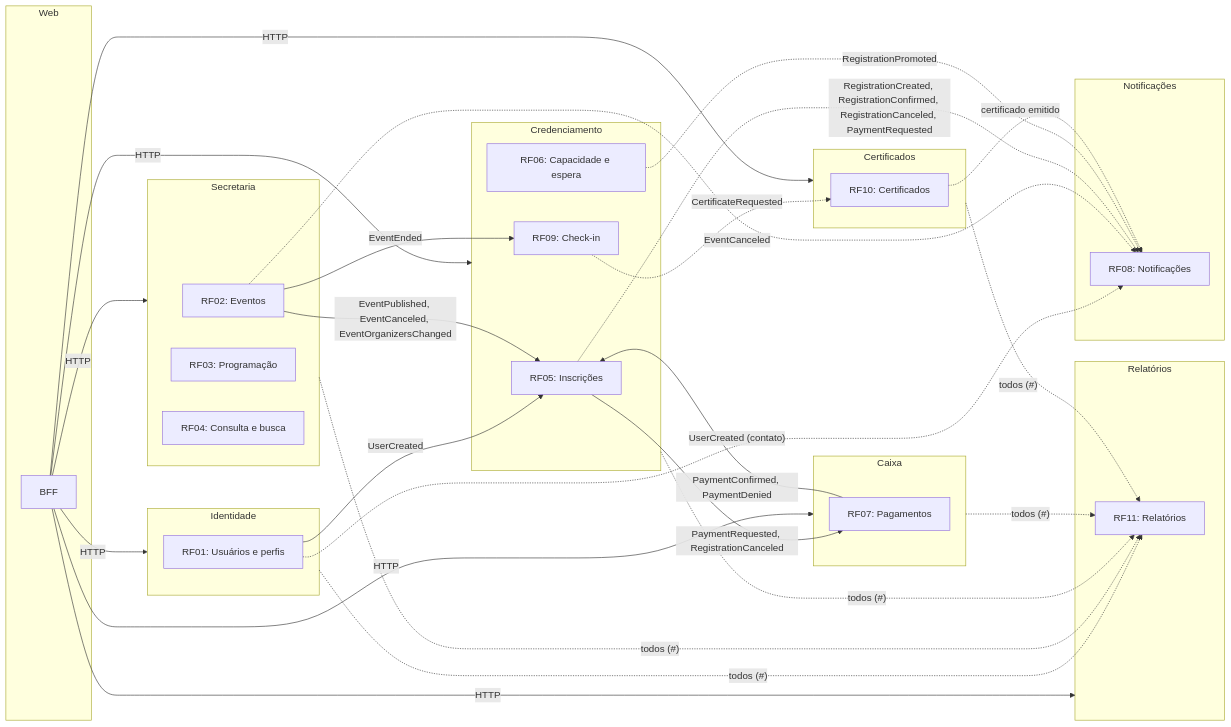
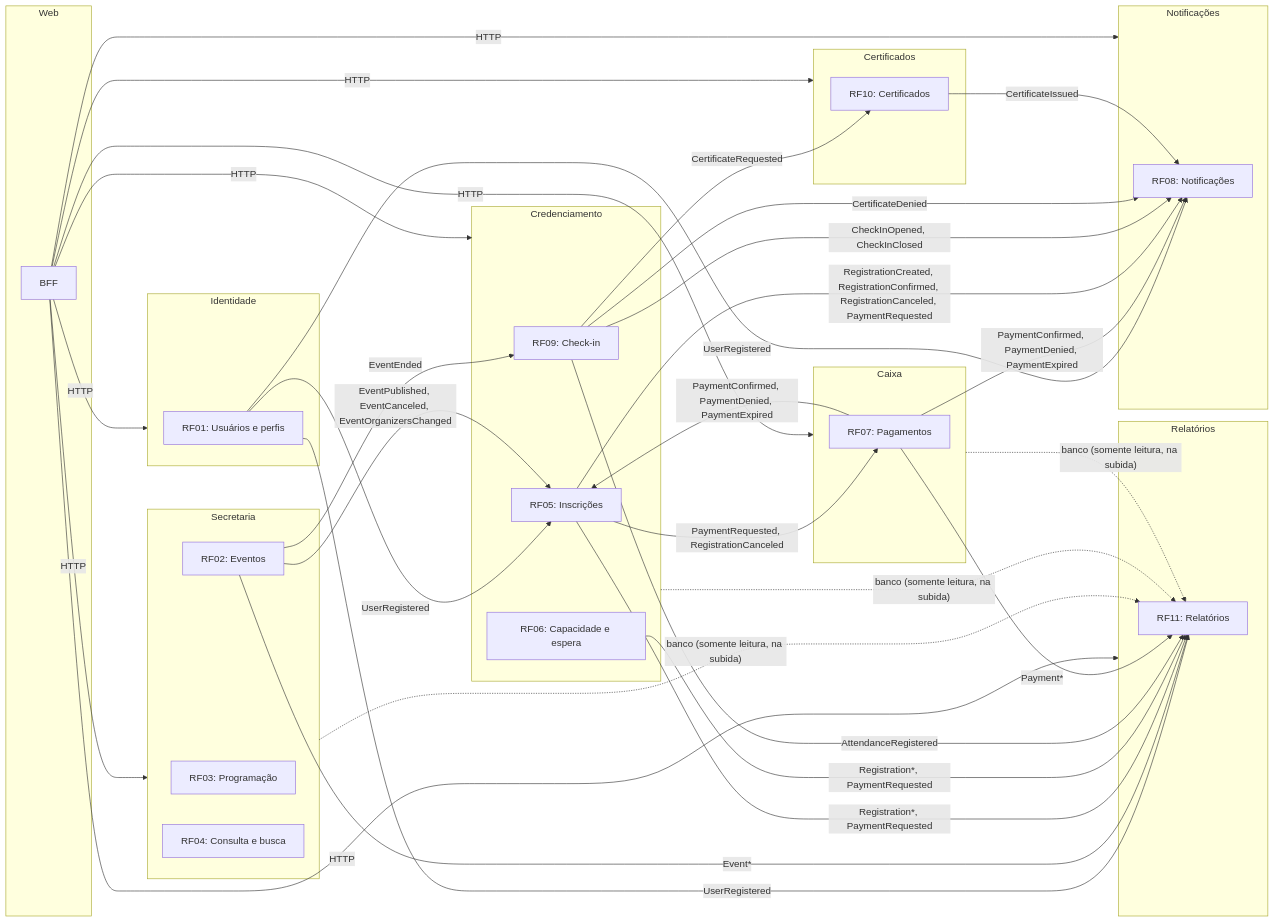
One commit to macaroots/EventHub changed the diagram in docs/diagrams/arquitetura.md. Above: the diagram before and after it, drawn with Mermaid. The commit also changed 2 other files, not shown here.

Commit message:
revisao arquitetura

````diff
--- a/docs/diagrams/arquitetura.md
+++ b/docs/diagrams/arquitetura.md
@@ -1,61 +1,61 @@
 ```mermaid
----
-config:
-  layout: dagre
----
 flowchart LR
     RF01[RF01: Usuários e perfis]
     RF02[RF02: Eventos]
     RF03[RF03: Programação]
     RF04[RF04: Consulta e busca]
     RF05[RF05: Inscrições]
     RF06[RF06: Capacidade e espera]
     RF07[RF07: Pagamentos]
     RF08[RF08: Notificações]
     RF09[RF09: Check-in]
     RF10[RF10: Certificados]
     RF11[RF11: Relatórios]
     subgraph Web
         BFF
     end
     subgraph Identidade
         RF01
     end
     subgraph Secretaria
         RF02
         RF03
         RF04
     end
     subgraph Certificados
         RF10
     end
     subgraph Credenciamento
         RF05
         RF06
         RF09
     end
     subgraph Relatórios
         RF11
     end
     subgraph Caixa
       RF07
     end
     subgraph Notificações
       RF08
     end
-    %% A --> B: A emite um evento que B consome. Dependências dentro de um mesmo serviço não aparecem.
-    %% Linha tracejada: consumidor ainda não implementado (Notificações, Certificados, Relatórios).
-    BFF -- HTTP --> Identidade & Secretaria & Credenciamento & Caixa & Certificados & Relatórios
-    RF01 -- UserCreated --> RF05
-    RF01 -. "UserCreated (contato)" .-> RF08
+    %% A --> B: A emite uma mensagem que B consome. Dependências dentro de um mesmo serviço não aparecem.
+    %% Linha tracejada: leitura direta de banco (bootstrap do reports), fora do padrão.
+    BFF -- HTTP --> Identidade & Secretaria & Credenciamento & Caixa & Certificados & Relatórios & Notificações
+    RF01 -- UserRegistered --> RF05 & RF08 & RF11
     RF02 -- "EventPublished, EventCanceled, EventOrganizersChanged" --> RF05
     RF02 -- EventEnded --> RF09
-    RF02 -. EventCanceled .-> RF08
+    RF02 -- "Event*" --> RF11
     RF05 -- "PaymentRequested, RegistrationCanceled" --> RF07
-    RF07 -- "PaymentConfirmed, PaymentDenied" --> RF05
-    RF05 -. "RegistrationCreated, RegistrationConfirmed, RegistrationCanceled, PaymentRequested" .-> RF08
-    RF06 -. RegistrationPromoted .-> RF08
-    RF09 -. CertificateRequested .-> RF10
-    RF10 -. "certificado emitido" .-> RF08
-    Identidade & Secretaria & Credenciamento & Caixa & Certificados -. "todos (#)" .-> RF11
+    RF07 -- "PaymentConfirmed, PaymentDenied, PaymentExpired" --> RF05
+    RF07 -- "PaymentConfirmed, PaymentDenied, PaymentExpired" --> RF08
+    RF05 -- "RegistrationCreated, RegistrationConfirmed, RegistrationCanceled, PaymentRequested" --> RF08
+    RF09 -- "CheckInOpened, CheckInClosed" --> RF08
+    RF09 -- CertificateRequested --> RF10
+    RF09 -- CertificateDenied --> RF08
+    RF10 -- CertificateIssued --> RF08
+    RF05 & RF06 -- "Registration*, PaymentRequested" --> RF11
+    RF09 -- AttendanceRegistered --> RF11
+    RF07 -- "Payment*" --> RF11
+    Secretaria & Credenciamento & Caixa -. "banco (somente leitura, na subida)" .-> RF11
 ```
````
